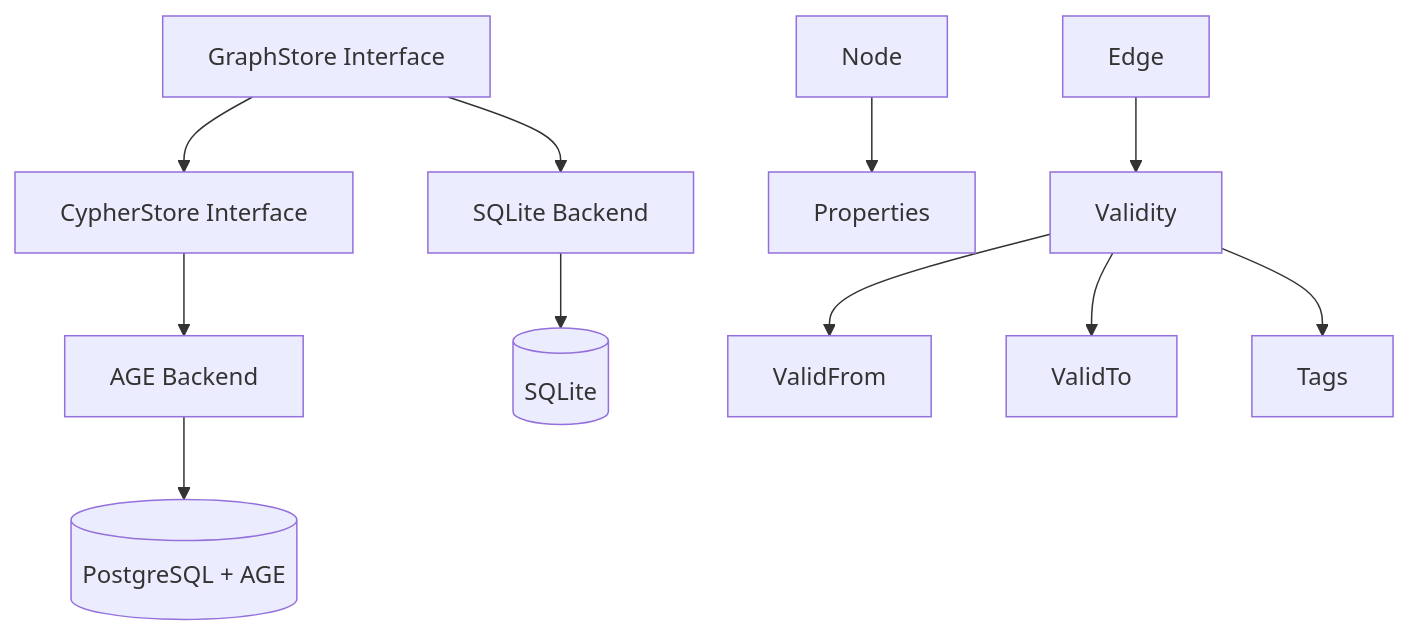
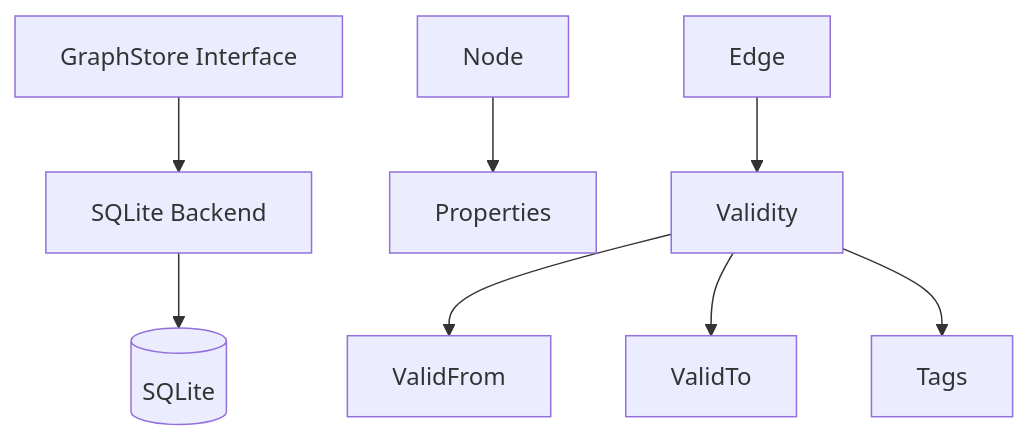
The diagram in web/docs/docs/contribute/graph.md (neokapi/neokapi), drawn with Mermaid before and after one commit. The commit also changed other lines of this file and 15 other files, not shown here.

````diff
--- a/web/docs/docs/contribute/graph.md
+++ b/web/docs/docs/contribute/graph.md
@@ -14,15 +14,11 @@
 ```mermaid
 graph TD
     GS[GraphStore Interface] --> SQLite[SQLite Backend]
-    GS --> CS[CypherStore Interface]
-    CS --> AGE[AGE Backend]
-
     SQLite --> DB[(SQLite)]
-    AGE --> PG[(PostgreSQL + AGE)]
 
     N[Node] --> P[Properties]
     E[Edge] --> V[Validity]
     V --> VF[ValidFrom]
     V --> VT[ValidTo]
     V --> T[Tags]
 ```
````
